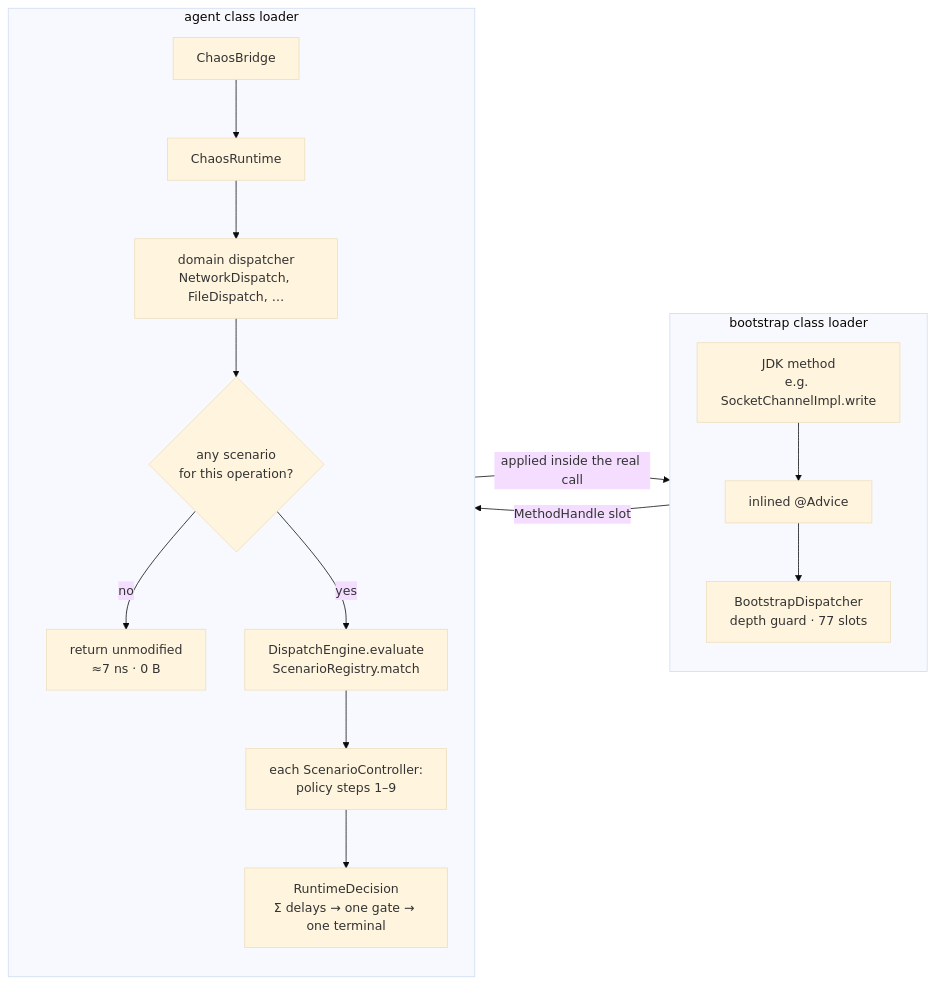
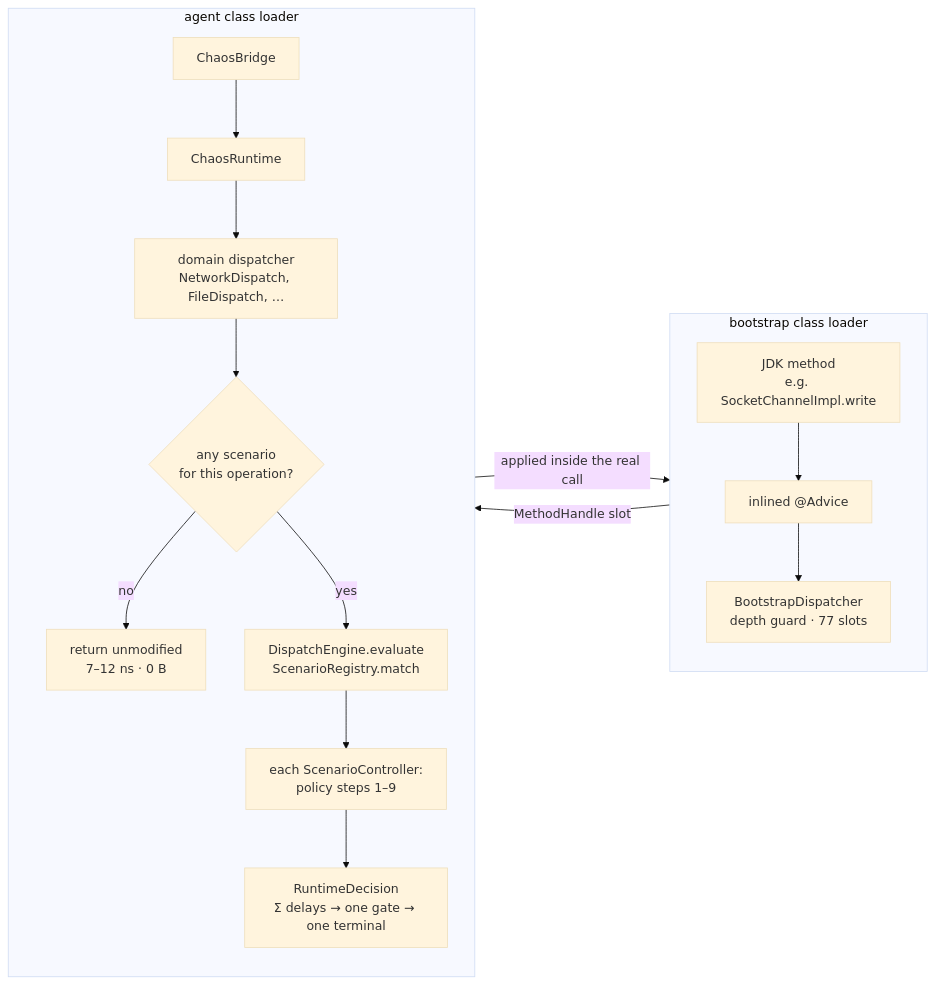
The first of 2 diagrams in README.md (macstab/macstab-chaos-jvm-agent), drawn with Mermaid (base theme) before and after one commit. The commit also changed other lines of this file, not shown here.

Commit message:
docs(readme): state the idle cost as measured, 7 to 12 ns

````diff
--- a/README.md
+++ b/README.md
@@ -172,20 +172,20 @@
 ```mermaid
 flowchart LR
   subgraph boot["bootstrap class loader"]
     direction TB
     JDK["JDK method<br/>e.g. SocketChannelImpl.write"] --> ADV["inlined @Advice"]
     ADV --> BD["BootstrapDispatcher<br/>depth guard · 77 slots"]
   end
   subgraph agent["agent class loader"]
     direction TB
     BR["ChaosBridge"] --> RT["ChaosRuntime"]
     RT --> DOM["domain dispatcher<br/>NetworkDispatch, FileDispatch, …"]
     DOM --> IDLE{"any scenario<br/>for this operation?"}
-    IDLE -- no --> PASS["return unmodified<br/>≈7 ns · 0 B"]
+    IDLE -- no --> PASS["return unmodified<br/>7–12 ns · 0 B"]
     IDLE -- yes --> ENG["DispatchEngine.evaluate<br/>ScenarioRegistry.match"]
     ENG --> POL["each ScenarioController:<br/>policy steps 1–9"]
     POL --> DEC["RuntimeDecision<br/>Σ delays → one gate → one terminal"]
   end
   BD -- "MethodHandle slot" --> BR
   DEC -- "applied inside the real call" --> JDK
 ```
````
